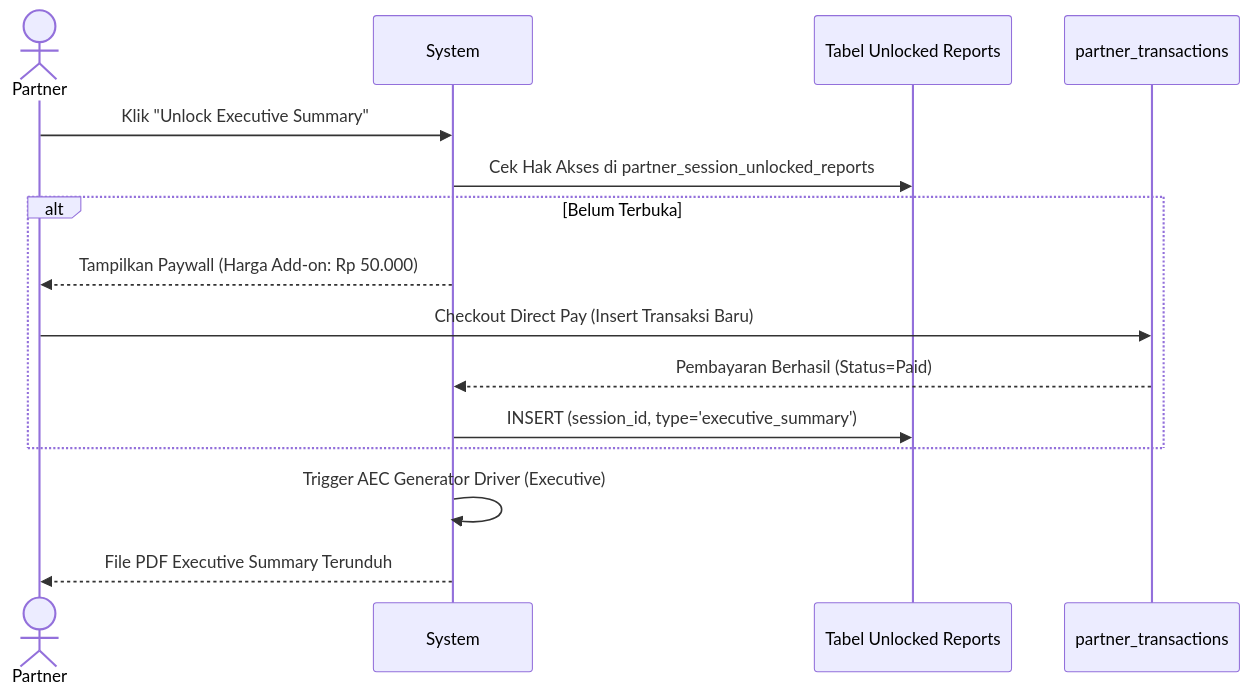
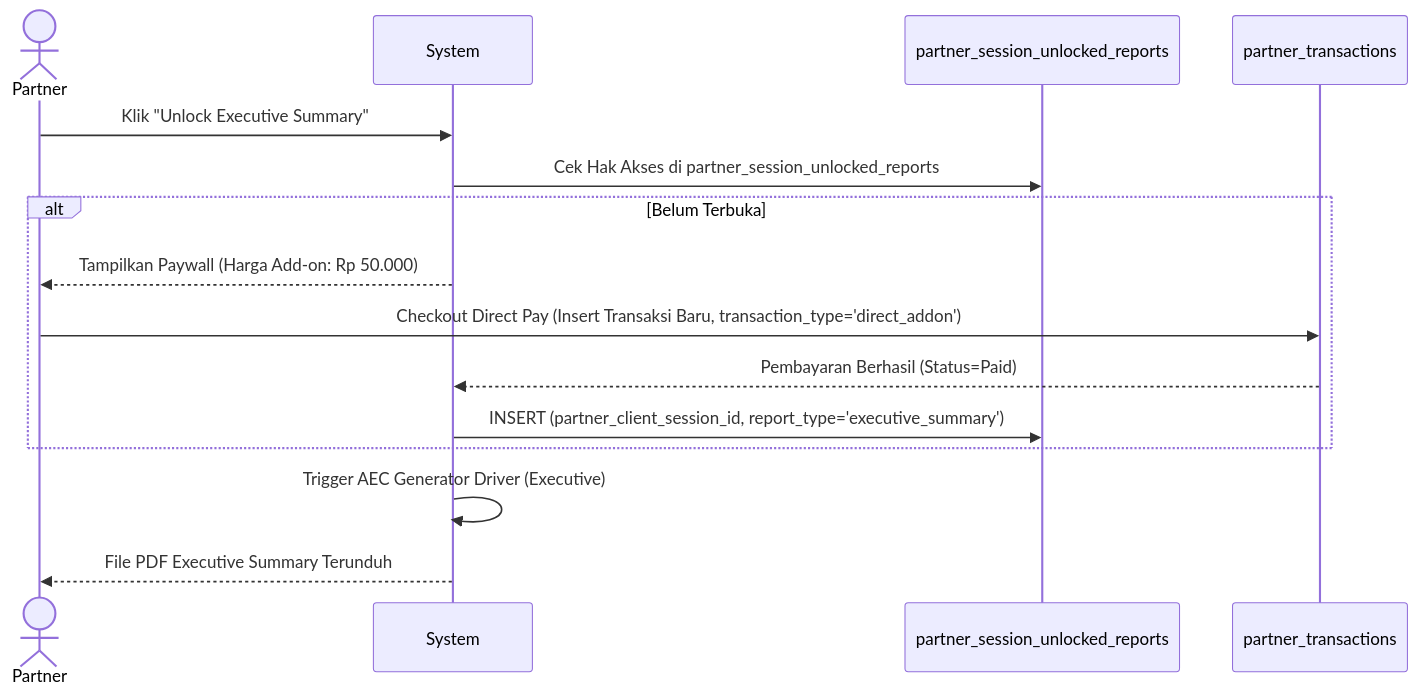
One commit to ReyhanAnf/tm-docs changed the sixth of 10 diagrams in docs/02-architecture/10-partner-blueprint.md. Above: the diagram before and after it, drawn with Mermaid. The commit also changed other lines of this file, not shown here.

````diff
--- a/docs/02-architecture/10-partner-blueprint.md
+++ b/docs/02-architecture/10-partner-blueprint.md
@@ -170,18 +245,18 @@
 ```mermaid
 sequenceDiagram
 	actor Partner
 	participant System
-	participant Unlock as Tabel Unlocked Reports
+	participant Unlock as partner_session_unlocked_reports
 	participant Transaksi as partner_transactions
 
 	Partner->>System: Klik "Unlock Executive Summary"
 	System->>Unlock: Cek Hak Akses di partner_session_unlocked_reports
 	alt Belum Terbuka
 		System-->>Partner: Tampilkan Paywall (Harga Add-on: Rp 50.000)
-		Partner->>Transaksi: Checkout Direct Pay (Insert Transaksi Baru)
+		Partner->>Transaksi: Checkout Direct Pay (Insert Transaksi Baru, transaction_type='direct_addon')
 		Transaksi-->>System: Pembayaran Berhasil (Status=Paid)
-		System->>Unlock: INSERT (session_id, type='executive_summary')
+		System->>Unlock: INSERT (partner_client_session_id, report_type='executive_summary')
 	end
 	System->>System: Trigger AEC Generator Driver (Executive)
 	System-->>Partner: File PDF Executive Summary Terunduh
 ```
````
